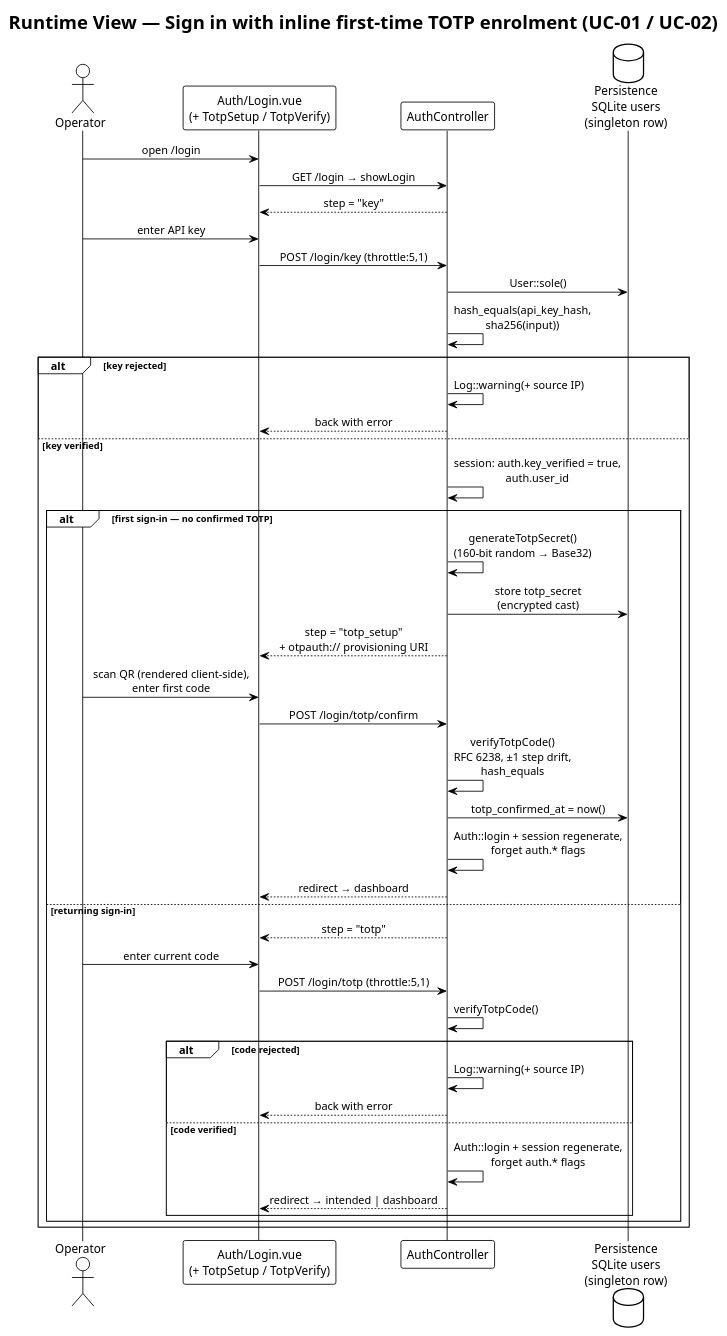
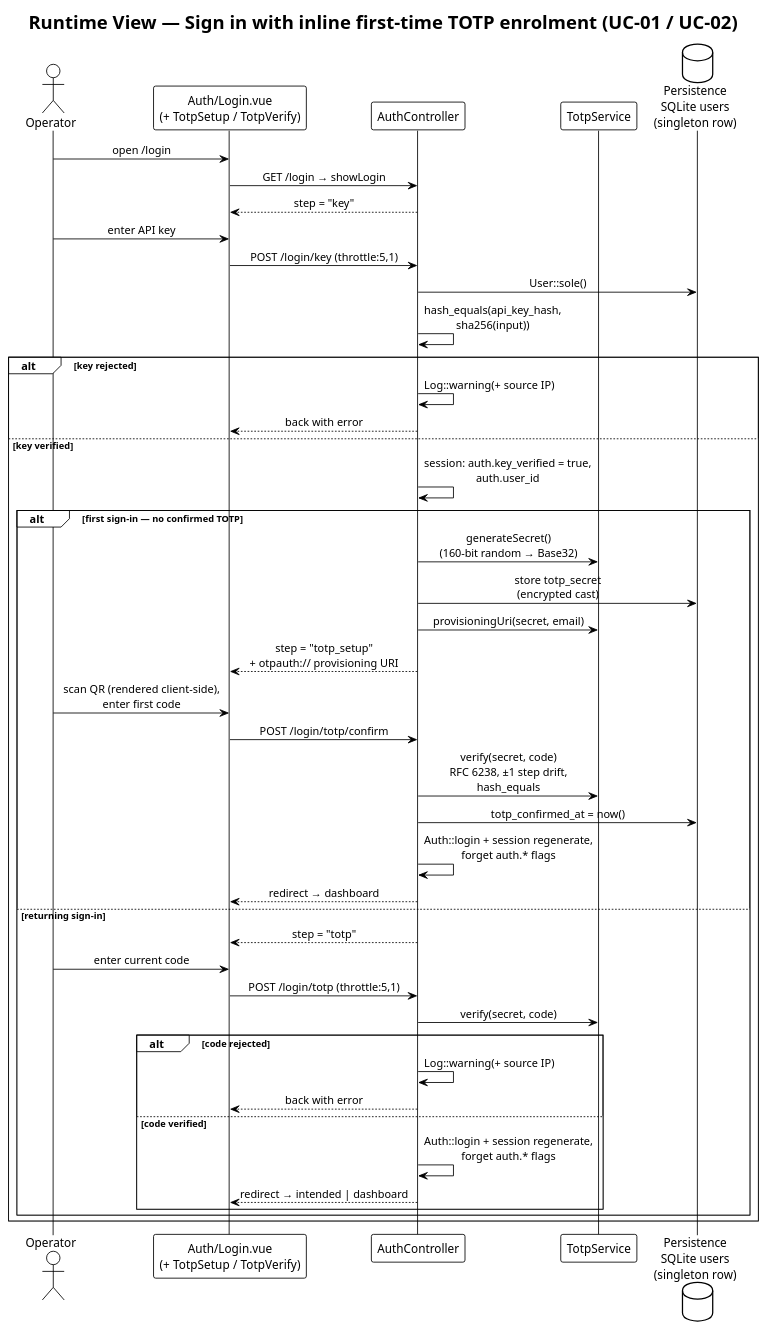
The diagram in docs/arch/diagrams/a06-sign-in.plantuml (carstenlucke/herold), drawn with PlantUML before and after one commit. The commit also changed 16 other files, not shown here.

First line of the commit message:
refactor(auth): extract TOTP into a dedicated service

```diff
--- a/docs/arch/diagrams/a06-sign-in.plantuml
+++ b/docs/arch/diagrams/a06-sign-in.plantuml
@@ -1,51 +1,53 @@
 @startuml a06-sign-in
 !theme plain
 skinparam sequenceMessageAlign center
 
 title Runtime View — Sign in with inline first-time TOTP enrolment (UC-01 / UC-02)
 
 actor Operator as op
 participant "Auth/Login.vue\n(+ TotpSetup / TotpVerify)" as ui
 participant "AuthController" as auth
+participant "TotpService" as totp
 database "Persistence\nSQLite users\n(singleton row)" as db
 
 op -> ui : open /login
 ui -> auth : GET /login → showLogin
 auth --> ui : step = "key"
 
 op -> ui : enter API key
 ui -> auth : POST /login/key (throttle:5,1)
 auth -> db : User::sole()
 auth -> auth : hash_equals(api_key_hash,\nsha256(input))
 
 alt key rejected
   auth -> auth : Log::warning(+ source IP)
   auth --> ui : back with error
 else key verified
   auth -> auth : session: auth.key_verified = true,\nauth.user_id
   alt first sign-in — no confirmed TOTP
-    auth -> auth : generateTotpSecret()\n(160-bit random → Base32)
+    auth -> totp : generateSecret()\n(160-bit random → Base32)
     auth -> db : store totp_secret\n(encrypted cast)
+    auth -> totp : provisioningUri(secret, email)
     auth --> ui : step = "totp_setup"\n+ otpauth:// provisioning URI
     op -> ui : scan QR (rendered client-side),\nenter first code
     ui -> auth : POST /login/totp/confirm
-    auth -> auth : verifyTotpCode()\nRFC 6238, ±1 step drift,\nhash_equals
+    auth -> totp : verify(secret, code)\nRFC 6238, ±1 step drift,\nhash_equals
     auth -> db : totp_confirmed_at = now()
     auth -> auth : Auth::login + session regenerate,\nforget auth.* flags
     auth --> ui : redirect → dashboard
   else returning sign-in
     auth --> ui : step = "totp"
     op -> ui : enter current code
     ui -> auth : POST /login/totp (throttle:5,1)
-    auth -> auth : verifyTotpCode()
+    auth -> totp : verify(secret, code)
     alt code rejected
       auth -> auth : Log::warning(+ source IP)
       auth --> ui : back with error
     else code verified
       auth -> auth : Auth::login + session regenerate,\nforget auth.* flags
       auth --> ui : redirect → intended | dashboard
     end
   end
 end
 
 @enduml
```
